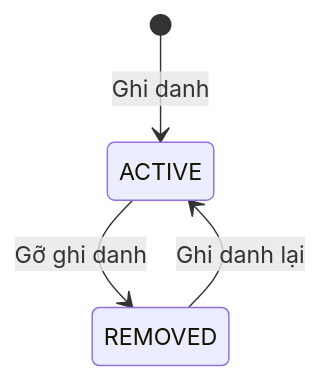
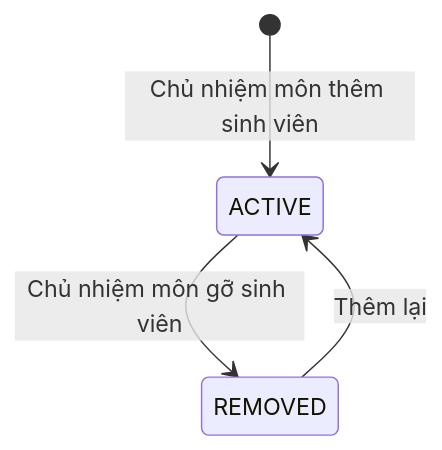
Before and after one commit to hygef-v4/AI-Powered-Learning-Platform: the third of 3 diagrams in aidlc-docs/construction/u04-subject-class-enrollment/functional-design/domain-entities.md, drawn with Mermaid. The commit also changed other lines of this file and 185 other files, not shown here.

````diff
--- a/aidlc-docs/construction/u04-subject-class-enrollment/functional-design/domain-entities.md
+++ b/aidlc-docs/construction/u04-subject-class-enrollment/functional-design/domain-entities.md
@@ -91,6 +81,6 @@
 ```mermaid
 stateDiagram-v2
-    [*] --> ACTIVE: Ghi danh
-    ACTIVE --> REMOVED: Gỡ ghi danh
-    REMOVED --> ACTIVE: Ghi danh lại
+    [*] --> ACTIVE: Chủ nhiệm môn thêm sinh viên
+    ACTIVE --> REMOVED: Chủ nhiệm môn gỡ sinh viên
+    REMOVED --> ACTIVE: Thêm lại
 ```
````
